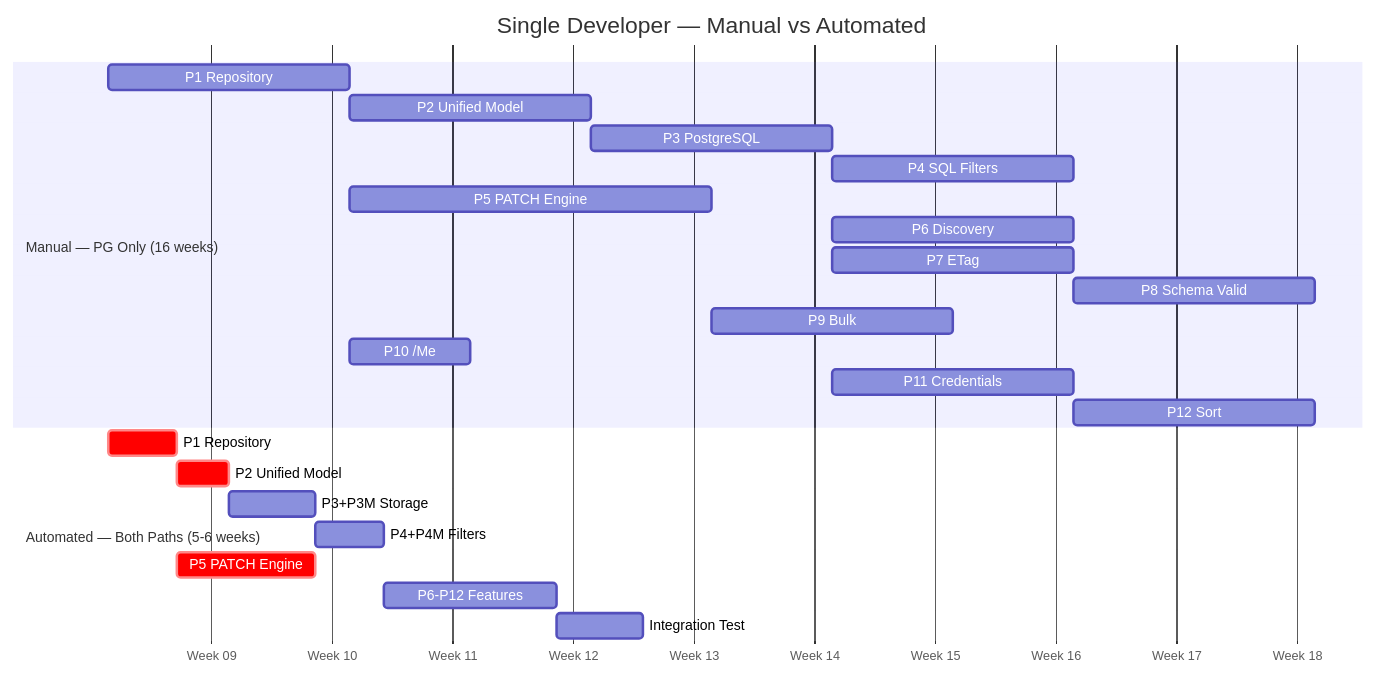
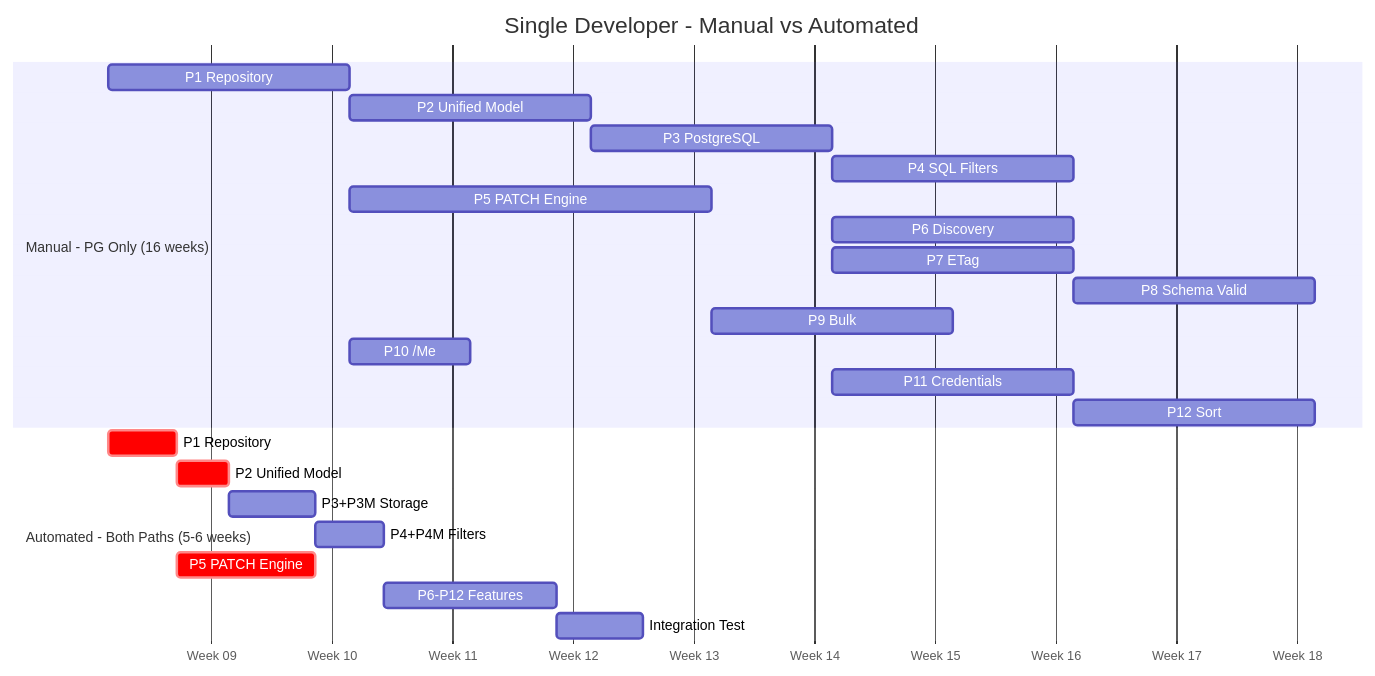
Before and after one commit to pranems/SCIMServer: diagram 11 of 17 in docs/archive/MIGRATION_AUTOMATION_STRATEGY_v1_2026-02-20.md, drawn with Mermaid. The commit also changed other lines of this file and 337 other files, not shown here.

````diff
--- a/docs/archive/MIGRATION_AUTOMATION_STRATEGY_v1_2026-02-20.md
+++ b/docs/archive/MIGRATION_AUTOMATION_STRATEGY_v1_2026-02-20.md
@@ -605,29 +605,29 @@
 ```mermaid
 gantt
-    title Single Developer — Manual vs Automated
+    title Single Developer - Manual vs Automated
     dateFormat  YYYY-MM-DD
     axisFormat  Week %W
 
-    section Manual — PG Only (16 weeks)
+    section Manual - PG Only (16 weeks)
     P1 Repository     :m1, 2026-03-02, 2w
     P2 Unified Model  :m2, after m1, 2w
     P3 PostgreSQL     :m3, after m2, 2w
     P4 SQL Filters    :m4, after m3, 2w
     P5 PATCH Engine   :m5, after m1, 3w
     P6 Discovery      :m6, after m3, 2w
     P7 ETag           :m7, after m3, 2w
     P8 Schema Valid   :m8, after m6, 2w
     P9 Bulk           :m9, after m5, 2w
     P10 /Me           :m10, after m1, 1w
     P11 Credentials   :m11, after m3, 2w
     P12 Sort          :m12, after m4, 2w
 
-    section Automated — Both Paths (5-6 weeks)
+    section Automated - Both Paths (5-6 weeks)
     P1 Repository     :crit, a1, 2026-03-02, 4d
     P2 Unified Model  :crit, a2, after a1, 3d
     P3+P3M Storage    :a3, after a2, 5d
     P4+P4M Filters    :a4, after a3, 4d
     P5 PATCH Engine   :crit, a5, after a1, 8d
     P6-P12 Features   :a6, after a4, 10d
     Integration Test  :a7, after a6, 5d
 ```
````
